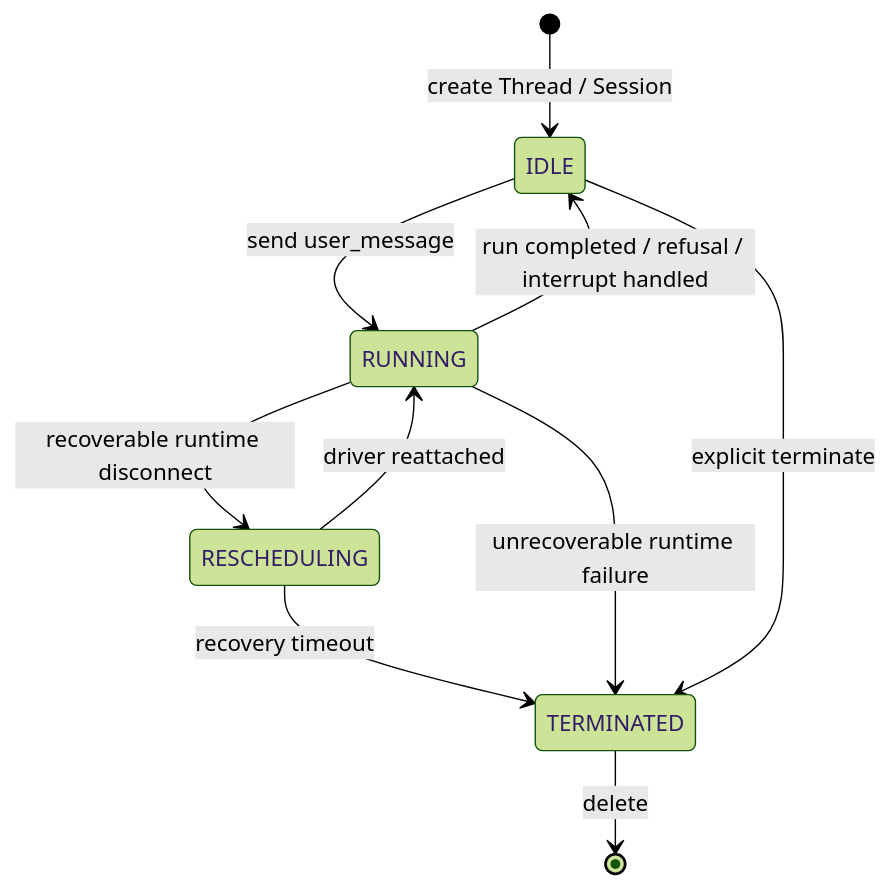
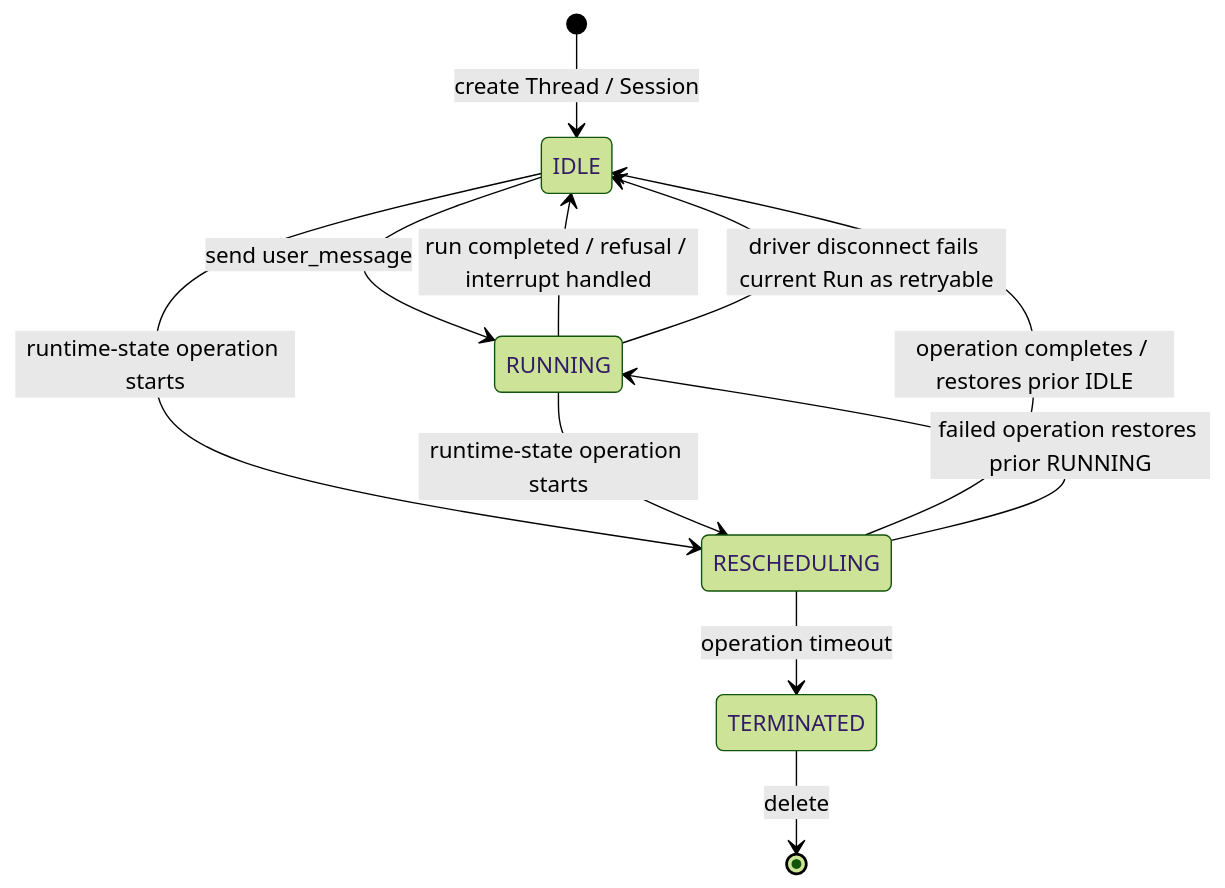
Before and after one commit to langgenius/mosoo: the second of 2 diagrams in docs/prd/agent-session-api.md, drawn with Mermaid (forest theme). The commit also changed other lines of this file and 66 other files, not shown here.

````diff
--- a/docs/prd/agent-session-api.md
+++ b/docs/prd/agent-session-api.md
@@ -166,12 +172,13 @@
 ```mermaid
 stateDiagram-v2
   [*] --> IDLE: create Thread / Session
   IDLE --> RUNNING: send user_message
   RUNNING --> IDLE: run completed / refusal / interrupt handled
-  RUNNING --> RESCHEDULING: recoverable runtime disconnect
-  RESCHEDULING --> RUNNING: driver reattached
-  RESCHEDULING --> TERMINATED: recovery timeout
-  RUNNING --> TERMINATED: unrecoverable runtime failure
-  IDLE --> TERMINATED: explicit terminate
+  IDLE --> RESCHEDULING: runtime-state operation starts
+  RUNNING --> RESCHEDULING: runtime-state operation starts
+  RESCHEDULING --> IDLE: operation completes / restores prior IDLE
+  RESCHEDULING --> RUNNING: failed operation restores prior RUNNING
+  RESCHEDULING --> TERMINATED: operation timeout
+  RUNNING --> IDLE: driver disconnect fails current Run as retryable
   TERMINATED --> [*]: delete
 ```
````
